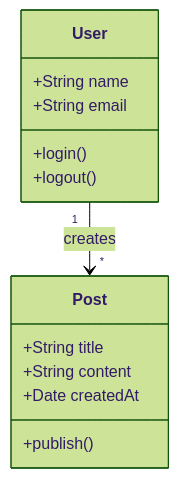
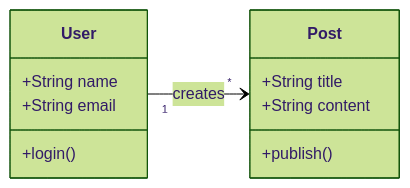
The fifth of 10 diagrams in playground/nuxt/app/markdown/mermaid.md (jinghaihan/vue-stream-markdown), drawn with Mermaid (forest theme) before and after one commit. The commit also changed other lines of this file and 1 other file, not shown here.

Commit message:
docs(playground): refresh landing page and mermaid examples

````diff
--- a/playground/nuxt/app/markdown/mermaid.md
+++ b/playground/nuxt/app/markdown/mermaid.md
@@ -92,16 +89,15 @@
 ```mermaid
 classDiagram
+    direction LR
     class User {
         +String name
         +String email
         +login()
-        +logout()
     }
     class Post {
         +String title
         +String content
-        +Date createdAt
         +publish()
     }
     User "1" --> "*" Post: creates
 ```
````
